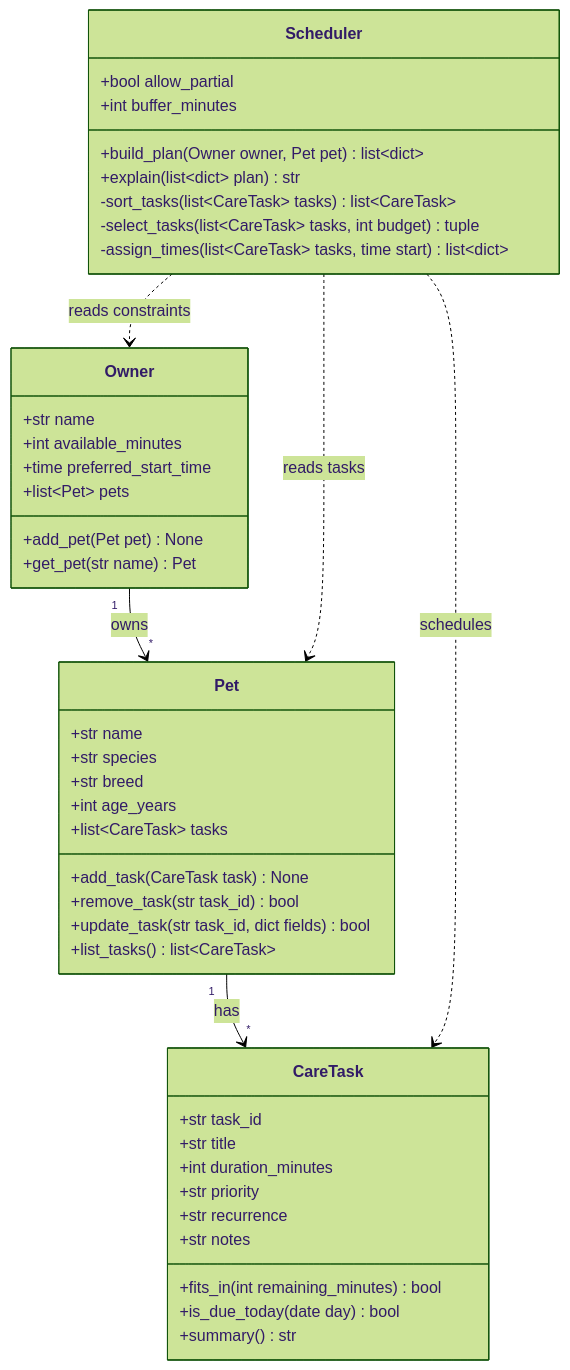
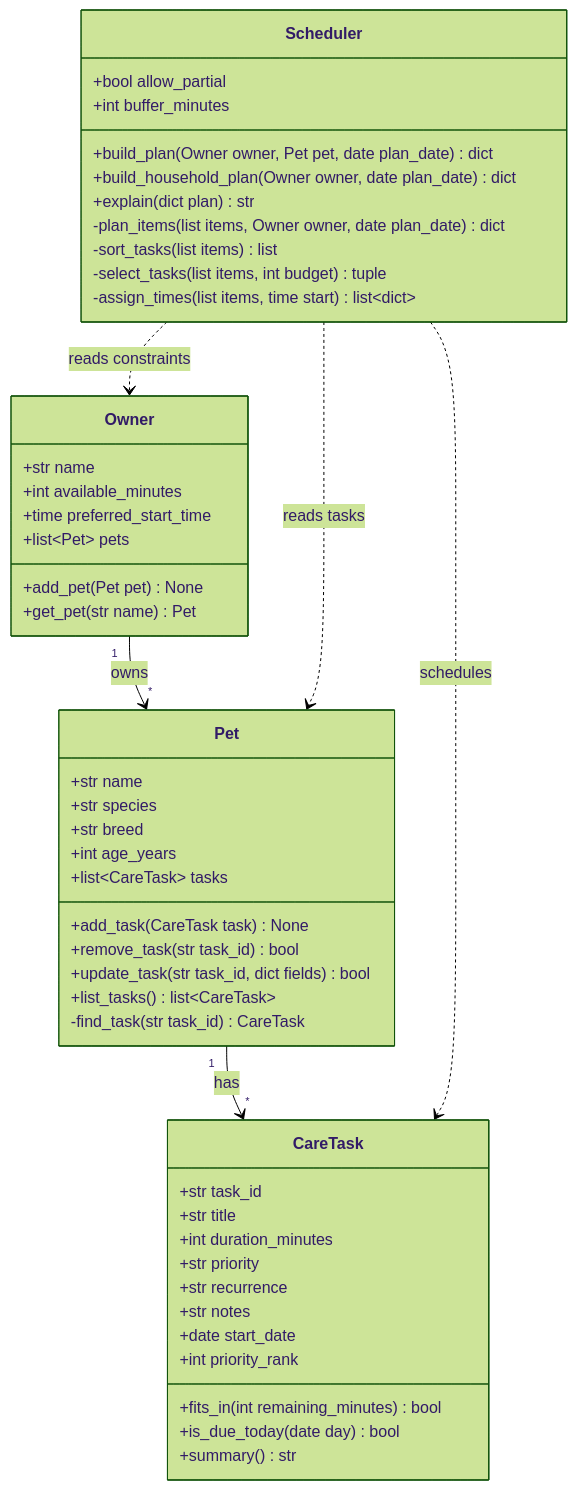
One commit to bukkybune/ai110-module2show-pawpal-starter changed the diagram in diagrams/uml.mmd. Above: the diagram before and after it, drawn with Mermaid (forest theme). The commit also changed 5 other files, not shown here.

```diff
--- a/diagrams/uml.mmd
+++ b/diagrams/uml.mmd
@@ -1,52 +1,57 @@
 classDiagram
     %% PawPal+ class design
     %% Keep this file updated so it matches your final implementation.
 
     class Owner {
         +str name
         +int available_minutes
         +time preferred_start_time
         +list~Pet~ pets
         +add_pet(Pet pet) None
         +get_pet(str name) Pet
     }
 
     class Pet {
         +str name
         +str species
         +str breed
         +int age_years
         +list~CareTask~ tasks
         +add_task(CareTask task) None
         +remove_task(str task_id) bool
         +update_task(str task_id, dict fields) bool
         +list_tasks() list~CareTask~
+        -find_task(str task_id) CareTask
     }
 
     class CareTask {
         +str task_id
         +str title
         +int duration_minutes
         +str priority
         +str recurrence
         +str notes
+        +date start_date
+        +int priority_rank
         +fits_in(int remaining_minutes) bool
         +is_due_today(date day) bool
         +summary() str
     }
 
     class Scheduler {
         +bool allow_partial
         +int buffer_minutes
-        +build_plan(Owner owner, Pet pet) list~dict~
-        +explain(list~dict~ plan) str
-        -sort_tasks(list~CareTask~ tasks) list~CareTask~
-        -select_tasks(list~CareTask~ tasks, int budget) tuple
-        -assign_times(list~CareTask~ tasks, time start) list~dict~
+        +build_plan(Owner owner, Pet pet, date plan_date) dict
+        +build_household_plan(Owner owner, date plan_date) dict
+        +explain(dict plan) str
+        -plan_items(list items, Owner owner, date plan_date) dict
+        -sort_tasks(list items) list
+        -select_tasks(list items, int budget) tuple
+        -assign_times(list items, time start) list~dict~
     }
 
     Owner "1" --> "*" Pet : owns
     Pet "1" --> "*" CareTask : has
     Scheduler ..> Owner : reads constraints
     Scheduler ..> Pet : reads tasks
     Scheduler ..> CareTask : schedules
```
